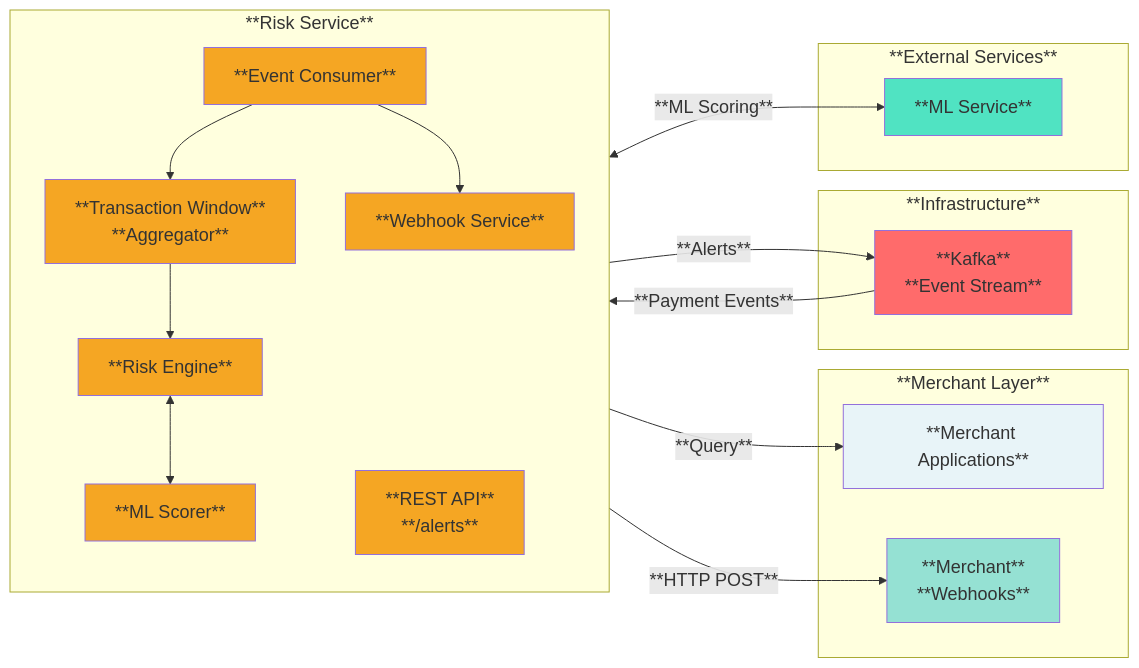
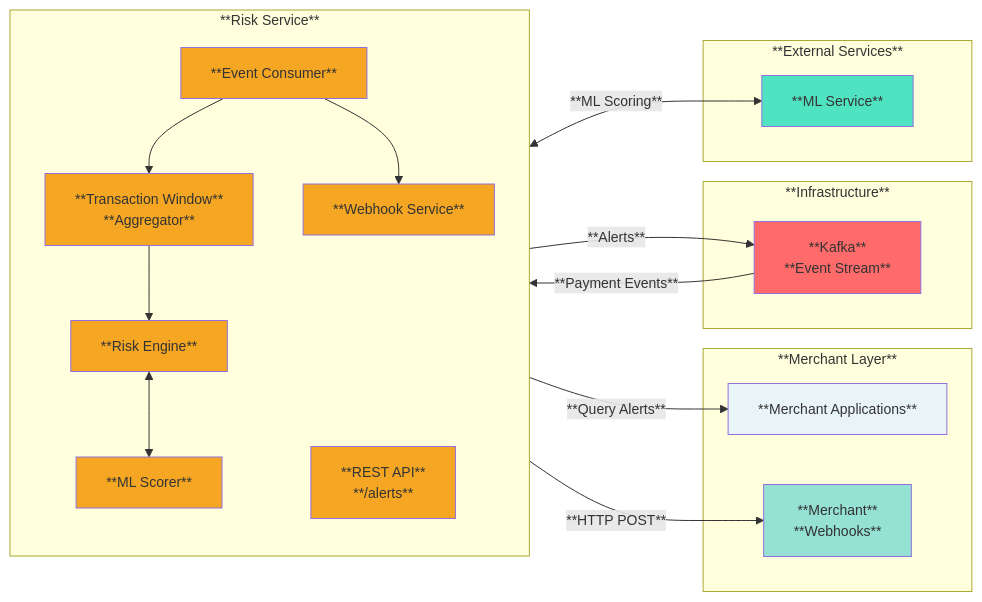
One commit to mehal1/payment-integration-framework changed the second of 2 diagrams in README.md. Above: the diagram before and after it, drawn with Mermaid. The commit also changed 1 other file, not shown here.

Commit message:
Replacing deprecated JsonSerializer extension with a wrapper Serializer

````diff
--- a/README.md
+++ b/README.md
@@ -159,55 +159,55 @@
 ```mermaid
 ---
 config:
   themeVariables:
-    fontSize: 18px
+    fontSize: 14px
     fontFamily: ''
     primaryTextColor: '#000000'
     lineColor: '#333333'
   layout: dagre
 ---
 graph LR
     subgraph ML["**Merchant Layer**"]
         MerchantApps[**Merchant Applications**]
         MerchantWebhooks[**Merchant**<br/>**Webhooks**]
     end
 
     subgraph RS["**Risk Service**"]
         direction TB
         Consumer[**Event Consumer**]
         Aggregator[**Transaction Window**<br/>**Aggregator**]
         RiskEngine[**Risk Engine**]
         MLScorer[**ML Scorer**]
         WebhookService[**Webhook Service**]
         AlertAPI[**REST API**<br/>**/alerts**]
         Consumer --> Aggregator
         Aggregator --> RiskEngine
         RiskEngine <--> MLScorer
         Consumer --> WebhookService
     end
 
     subgraph DL["**Infrastructure**"]
         Kafka[**Kafka**<br/>**Event Stream**]
     end
 
     subgraph ES["**External Services**"]
         MLService[**ML Service**]
     end
 
     Kafka -->|**Payment Events**| Consumer
     MLScorer <-->|**ML Scoring**| MLService
     Consumer -->|**Alerts**| Kafka
     WebhookService -->|**HTTP POST**| MerchantWebhooks
-    AlertAPI -->|**Query**| MerchantApps
+    AlertAPI -->|**Query Alerts**| MerchantApps
 
     style RiskEngine fill:#F5A623
     style WebhookService fill:#F5A623
     style Consumer fill:#F5A623
     style Aggregator fill:#F5A623
     style MLScorer fill:#F5A623
     style AlertAPI fill:#F5A623
     style Kafka fill:#FF6B6B
     style MLService fill:#50E3C2
     style MerchantWebhooks fill:#95E1D3
     style MerchantApps fill:#E8F4F8
 ```
````
